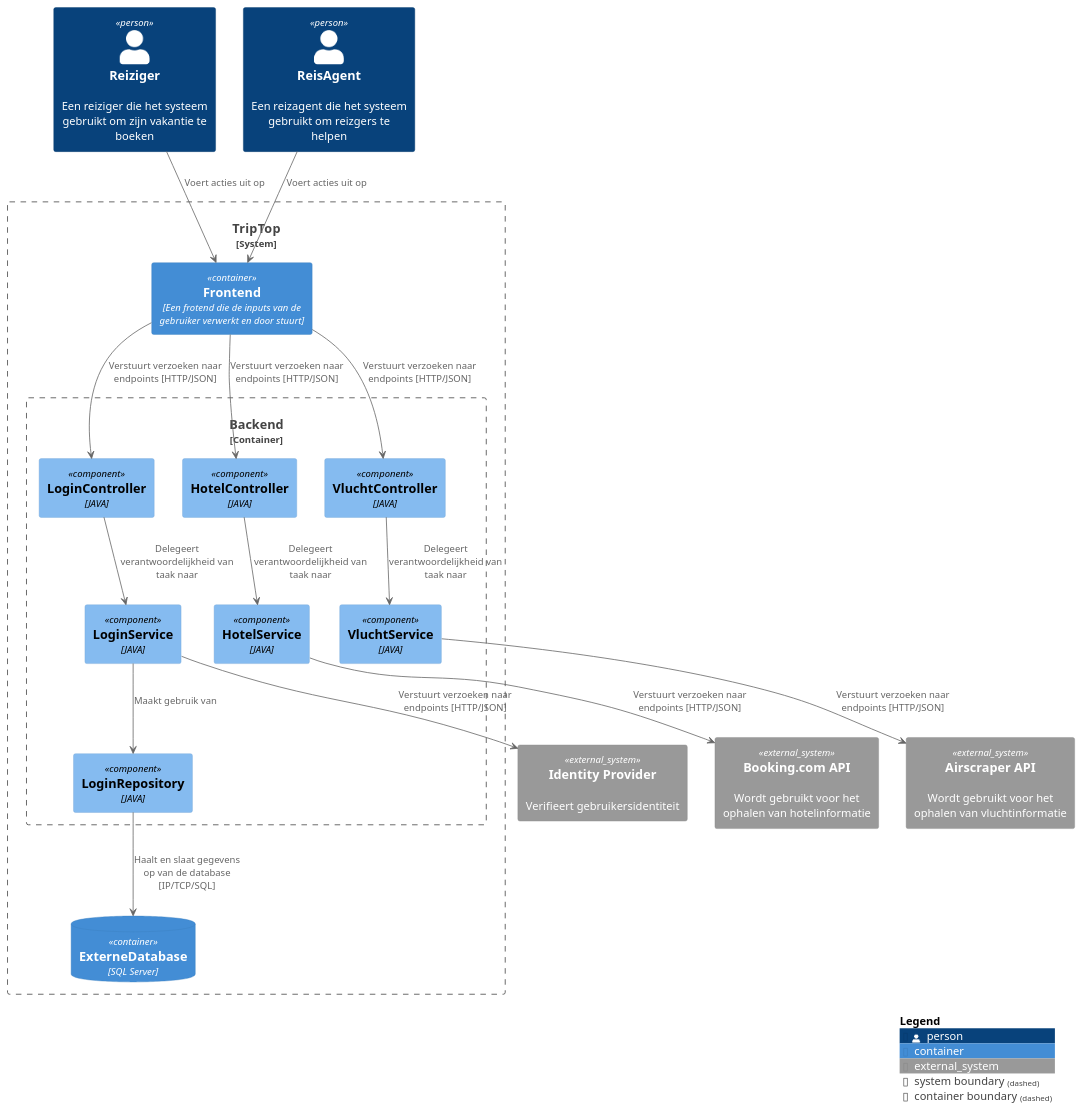
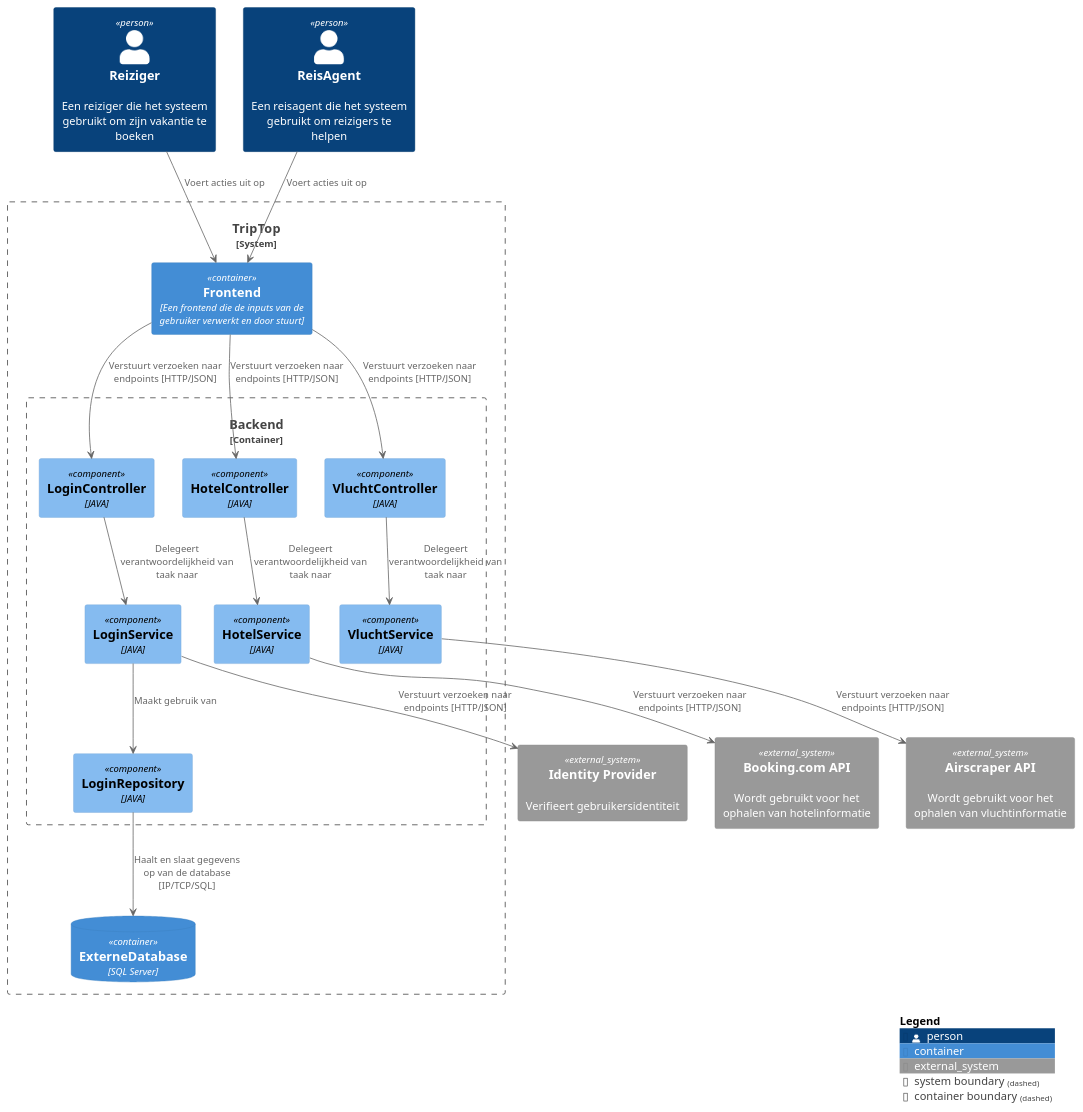
Before and after one commit to AIM-ENE-feb25/triptop-groep-b4: the diagram in C4_diagrammen/Component-diagram-TripTop-Backend.puml, drawn with PlantUML. The commit also changed 5 other files, not shown here.

```diff
--- a/C4_diagrammen/Component-diagram-TripTop-Backend.puml
+++ b/C4_diagrammen/Component-diagram-TripTop-Backend.puml
@@ -1,53 +1,53 @@
 @startuml
 !include https://raw.githubusercontent.com/plantuml-stdlib/C4-PlantUML/master/C4_Component.puml
 !include https://raw.githubusercontent.com/plantuml-stdlib/C4-PlantUML/master/C4_Container.puml
 
 
 Person(Reiziger, "Reiziger", "Een reiziger die het systeem gebruikt om zijn vakantie te boeken")
-Person(ReisAgent, "ReisAgent", "Een reizagent die het systeem gebruikt om reizgers te helpen")
+Person(ReisAgent, "ReisAgent", "Een reisagent die het systeem gebruikt om reizigers te helpen")
 
 System_Boundary(System_Boundary, TripTop){
-Container(Frontend, "Frontend", "Een frotend die de inputs van de gebruiker verwerkt en door stuurt")
+Container(Frontend, "Frontend", "Een frontend die de inputs van de gebruiker verwerkt en door stuurt")
 
 Container_Boundary(ContainerBoundary, "Backend") {
 
 Component(LoginController, "LoginController", "JAVA")
 Component(LoginService, "LoginService", "JAVA")
 Component(LoginRepository, "LoginRepository", "JAVA")
 
 Component(HotelController, "HotelController", "JAVA")
 Component(HotelService, "HotelService", "JAVA")
 
 Component(VluchtController, "VluchtController", "JAVA")
 Component(VluchtService, "VluchtService", "JAVA")
 
 }
 
 ContainerDb(Externe_Database," ExterneDatabase","SQL Server")
 }
 System_Ext(IdentityProvider, "Identity Provider", "Verifieert gebruikersidentiteit")
 System_Ext(Booking.com, "Booking.com API", "Wordt gebruikt voor het ophalen van hotelinformatie")
 System_Ext(Airscraper, "Airscraper API", "Wordt gebruikt voor het ophalen van vluchtinformatie")
 
 
 Reiziger --> Frontend: "Voert acties uit op"
 ReisAgent --> Frontend: "Voert acties uit op"
 
 
 Frontend --> LoginController: "Verstuurt verzoeken naar endpoints [HTTP/JSON]"
 Frontend --> HotelController: "Verstuurt verzoeken naar endpoints [HTTP/JSON]"
 Frontend --> VluchtController: "Verstuurt verzoeken naar endpoints [HTTP/JSON]"
 
 LoginController --> LoginService: "Delegeert verantwoordelijkheid van taak naar"
 LoginService --> LoginRepository: "Maakt gebruik van"
 LoginRepository --> Externe_Database: "Haalt en slaat gegevens op van de database [IP/TCP/SQL]"
 
 HotelController --> HotelService: "Delegeert verantwoordelijkheid van taak naar"
 VluchtController --> VluchtService: "Delegeert verantwoordelijkheid van taak naar"
 
 LoginService --> IdentityProvider: "Verstuurt verzoeken naar endpoints [HTTP/JSON]"
 HotelService --> Booking.com: "Verstuurt verzoeken naar endpoints [HTTP/JSON]"
 VluchtService --> Airscraper: "Verstuurt verzoeken naar endpoints [HTTP/JSON]"
 
 SHOW_LEGEND(TRUE)
 @enduml
```
